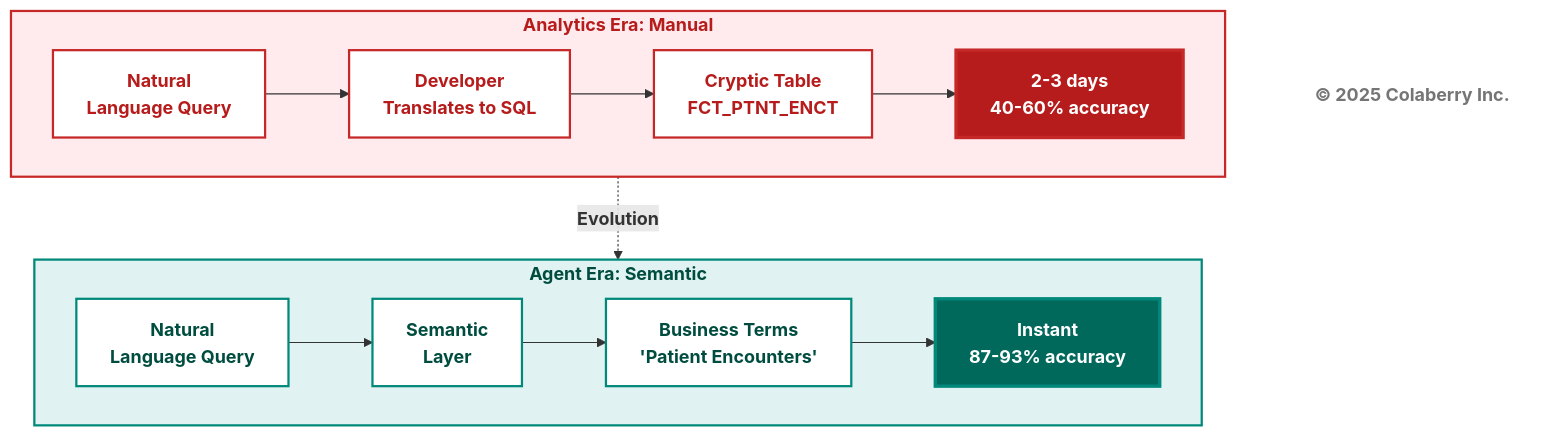
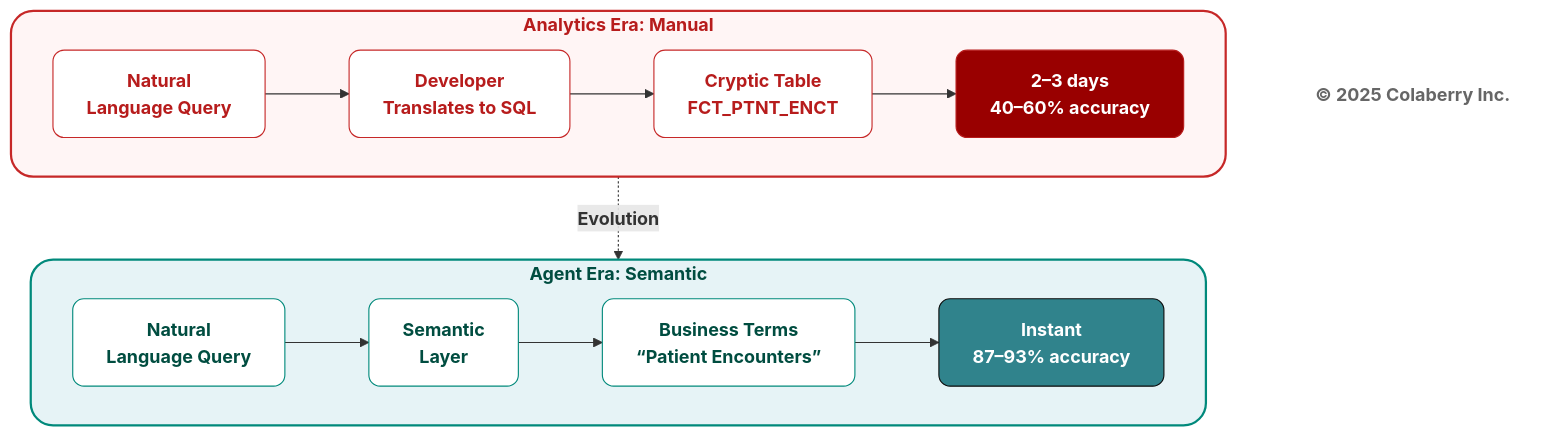
Before and after one commit to saitejesh-cyber/trust-before-intelligence-book: the eighth of 12 diagrams in manuscript/03_chapter_2_inpact_framework.md, drawn with Mermaid. The commit also changed other lines of this file, not shown here.

Commit message:
Chapter3: Updated mermaid diagrams based on new colaberry color code

````diff
--- a/manuscript/03_chapter_2_inpact_framework.md
+++ b/manuscript/03_chapter_2_inpact_framework.md
@@ -551,35 +584,41 @@
 ```mermaid
 graph TB
     subgraph ERA1["<b>Analytics Era: Manual</b>"]
         direction LR
         A1["<b>Natural<br/>Language Query</b>"] --> B1["<b>Developer<br/>Translates to SQL</b>"]
         B1 --> C1["<b>Cryptic Table<br/>FCT_PTNT_ENCT</b>"]
-        C1 --> D1["<b>2-3 days<br/>40-60% accuracy</b>"]
+        C1 --> D1["<b>2–3 days<br/>40–60% accuracy</b>"]
         
-        style D1 fill:#b71c1c,color:#ffffff,stroke:#c62828,stroke-width:3px
+        %% 🔴 CRITICAL FAILURE
+        style D1 fill:#990000,stroke:#b71c1c,stroke-width:1px,color:#ffffff,rx:10,ry:10
     end
     
+    %% 🔵 TRANSITION
     ERA1 -.->|<b>Evolution</b>| ERA2
     
     subgraph ERA2["<b>Agent Era: Semantic</b>"]
         direction LR
         A2["<b>Natural<br/>Language Query</b>"] --> B2["<b>Semantic<br/>Layer</b>"]
-        B2 --> C2["<b>Business Terms<br/>'Patient Encounters'</b>"]
-        C2 --> D2["<b>Instant<br/>87-93% accuracy</b>"]
+        B2 --> C2["<b>Business Terms<br/>“Patient Encounters”</b>"]
+        C2 --> D2["<b>Instant<br/>87–93% accuracy</b>"]
         
-        style D2 fill:#00695c,color:#ffffff,stroke:#00897b,stroke-width:3px
+        %% 🟢 TRUSTED OUTCOME
+        style D2 fill:#30838C,stroke:#0D0D0D,stroke-width:1px,color:#ffffff,rx:10,ry:10
     end
     
-    style ERA1 fill:#ffebee,stroke:#c62828,stroke-width:2px,color:#b71c1c
-    style A1 fill:#ffffff,stroke:#c62828,stroke-width:2px,color:#b71c1c
-    style B1 fill:#ffffff,stroke:#c62828,stroke-width:2px,color:#b71c1c
-    style C1 fill:#ffffff,stroke:#c62828,stroke-width:2px,color:#b71c1c
+    %% 🔴 OLD ERA CONTAINER
+    style ERA1 fill:#fff5f5,stroke:#c62828,stroke-width:2px,color:#b71c1c,rx:20,ry:20
+    style A1 fill:#ffffff,stroke:#c62828,stroke-width:1px,color:#b71c1c,rx:10,ry:10
+    style B1 fill:#ffffff,stroke:#c62828,stroke-width:1px,color:#b71c1c,rx:10,ry:10
+    style C1 fill:#ffffff,stroke:#c62828,stroke-width:1px,color:#b71c1c,rx:10,ry:10
     
-    style ERA2 fill:#e0f2f1,stroke:#00897b,stroke-width:2px,color:#004d40
-    style A2 fill:#ffffff,stroke:#00897b,stroke-width:2px,color:#004d40
-    style B2 fill:#ffffff,stroke:#00897b,stroke-width:2px,color:#004d40
-    style C2 fill:#ffffff,stroke:#00897b,stroke-width:2px,color:#004d40
+    %% 🟢 AGENT ERA CONTAINER
+    style ERA2 fill:#e6f3f6,stroke:#00897b,stroke-width:2px,color:#004d40,rx:20,ry:20
+    style A2 fill:#ffffff,stroke:#00897b,stroke-width:1px,color:#004d40,rx:10,ry:10
+    style B2 fill:#ffffff,stroke:#00897b,stroke-width:1px,color:#004d40,rx:10,ry:10
+    style C2 fill:#ffffff,stroke:#00897b,stroke-width:1px,color:#004d40,rx:10,ry:10
     
+    %% FOOTER
     Copyright["<b>© 2025 Colaberry Inc.</b>"]
-    style Copyright fill:#ffffff,stroke:none,color:#757575
+    style Copyright fill:none,stroke:none,color:#666666
 ```
````
